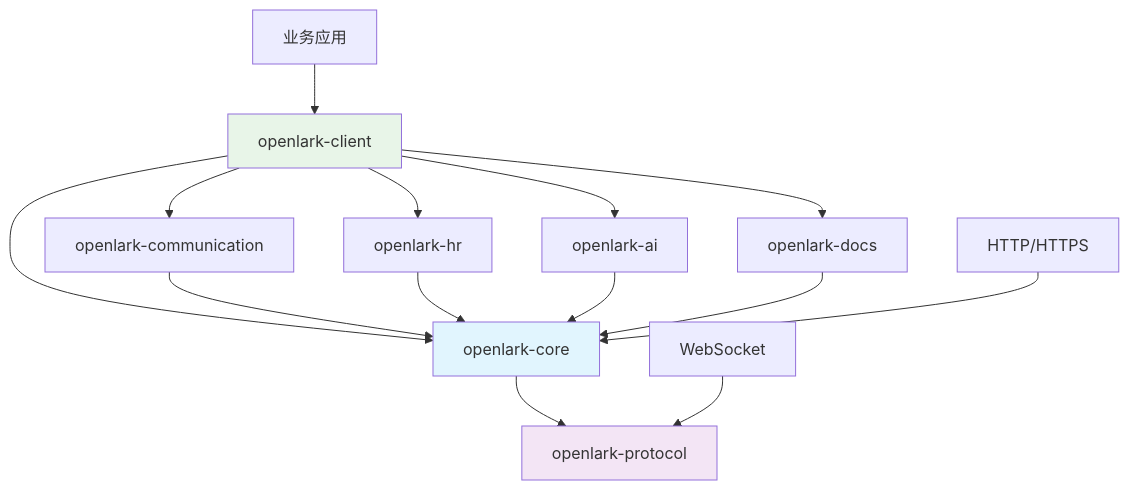
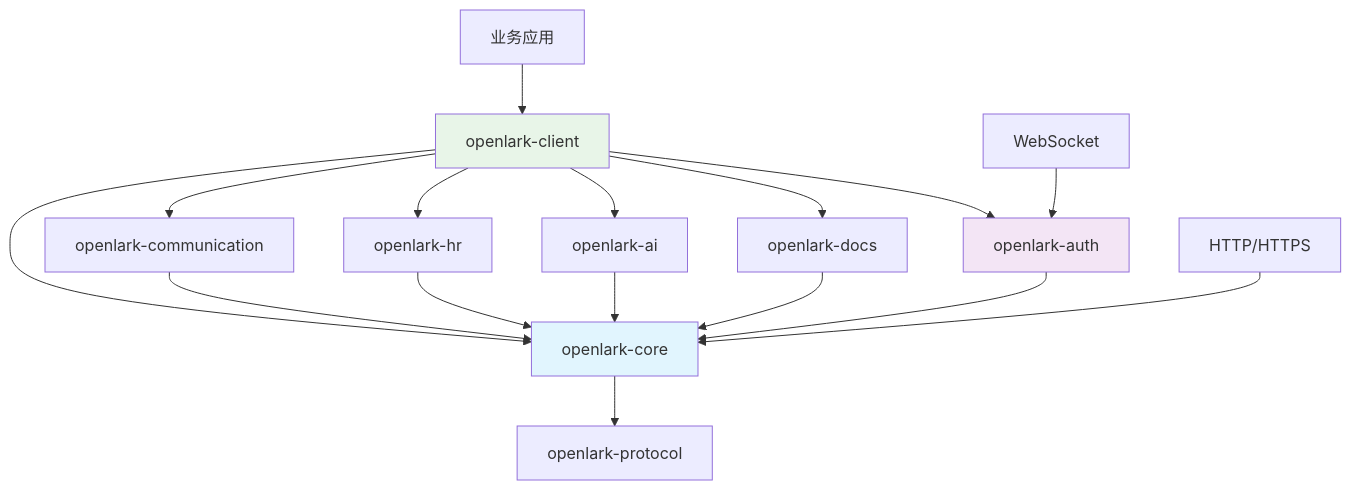
The second of 2 diagrams in CLAUDE.md (foxzool/open-lark), drawn with Mermaid before and after one commit. The commit also changed other lines of this file and 23 other files, not shown here.

````diff
--- a/CLAUDE.md
+++ b/CLAUDE.md
@@ -184,23 +200,25 @@
 ```mermaid
 graph TD
     A[业务应用] --> B[openlark-client]
     B --> C[openlark-core]
     B --> D[openlark-communication]
     B --> E[openlark-hr]
     B --> F[openlark-ai]
     B --> G[openlark-docs]
+    B --> H[openlark-auth]
 
     D --> C
     E --> C
     F --> C
     G --> C
+    H --> C
 
-    C --> H[openlark-protocol]
+    C --> I[openlark-protocol]
 
-    I[WebSocket] --> H
-    J[HTTP/HTTPS] --> C
+    J[WebSocket] --> H
+    K[HTTP/HTTPS] --> C
 
     style C fill:#e1f5fe
     style H fill:#f3e5f5
     style B fill:#e8f5e8
 ```
````
